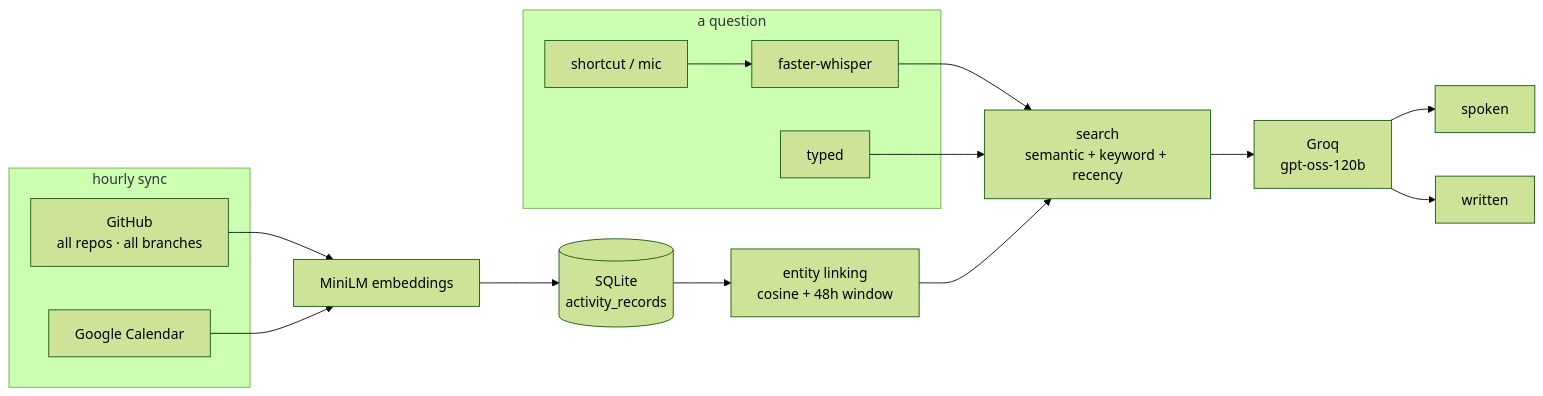
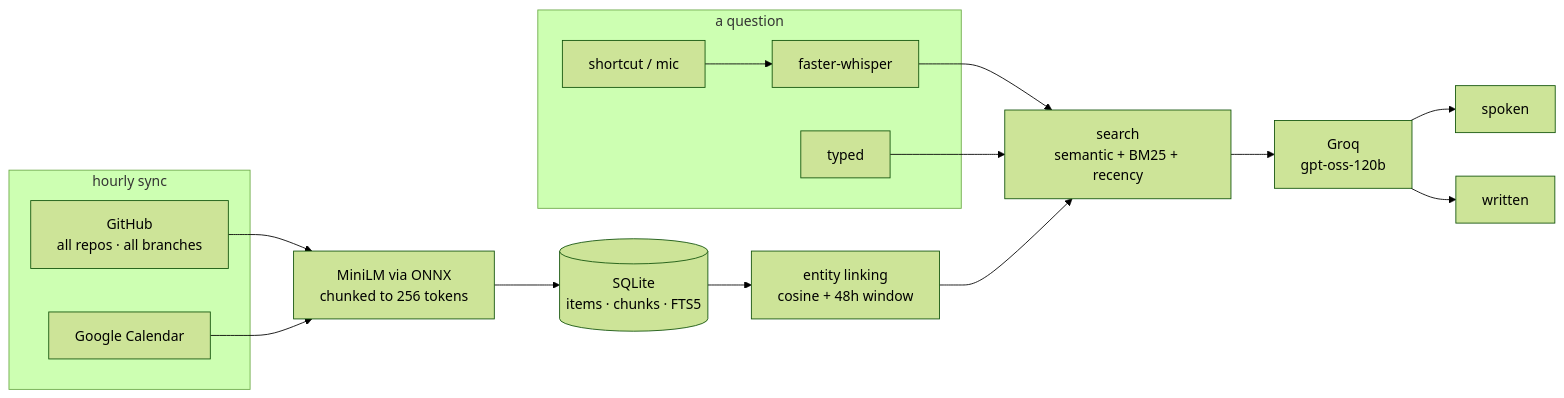
Before and after one commit to amogh-nagri-11/second-brain: the diagram in README.md, drawn with Mermaid (forest theme). The commit also changed other lines of this file, not shown here.

Commit message:
Document items, chunking, full-text search, deletions and merge tracking

````diff
--- a/README.md
+++ b/README.md
@@ -37,24 +37,24 @@
 ```mermaid
 flowchart LR
     subgraph ingest["hourly sync"]
         GH["GitHub<br/>all repos · all branches"]
         CAL["Google Calendar"]
     end
 
     GH --> EMB
     CAL --> EMB
-    EMB["MiniLM embeddings"] --> DB[("SQLite<br/>activity_records")]
+    EMB["MiniLM via ONNX<br/>chunked to 256 tokens"] --> DB[("SQLite<br/>items · chunks · FTS5")]
     DB --> CL["entity linking<br/>cosine + 48h window"]
 
     subgraph query["a question"]
         MIC["shortcut / mic"] --> W["faster-whisper"]
         TYPE["typed"]
     end
 
     W --> S
     TYPE --> S
     CL --> S
-    S["search<br/>semantic + keyword + recency"] --> LLM["Groq<br/>gpt-oss-120b"]
+    S["search<br/>semantic + BM25 + recency"] --> LLM["Groq<br/>gpt-oss-120b"]
     LLM --> SPK["spoken"]
     LLM --> WRI["written"]
 ```
````
